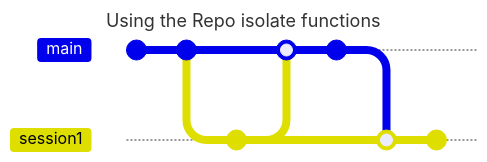
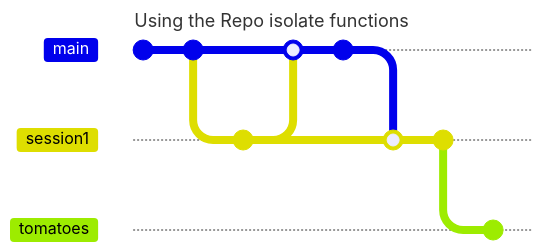
Before and after one commit to dreamcatcher-tech/network: the first of 2 diagrams in Inbox/2024-04-08 1617 virtualizing the root chain.md, drawn with Mermaid. Commit ids are hidden.

Commit message:
vault backup: 2024-04-08 20:18:22

````diff
--- a/Inbox/2024-04-08 1617 virtualizing the root chain.md
+++ b/Inbox/2024-04-08 1617 virtualizing the root chain.md
@@ -12,18 +12,20 @@
 ```mermaid
 ---
 title: Using the Repo isolate functions
 ---
 gitGraph
    commit id:"init"
    commit id:"start session"
    branch session1
    checkout session1
    commit id:"clone"
    checkout main
    merge session1 id:"github clone"
    commit id:"clone done"
    checkout session1
    merge main id:"cloned"
    commit
+   branch tomatoes
+   commit
 
 ```
````
